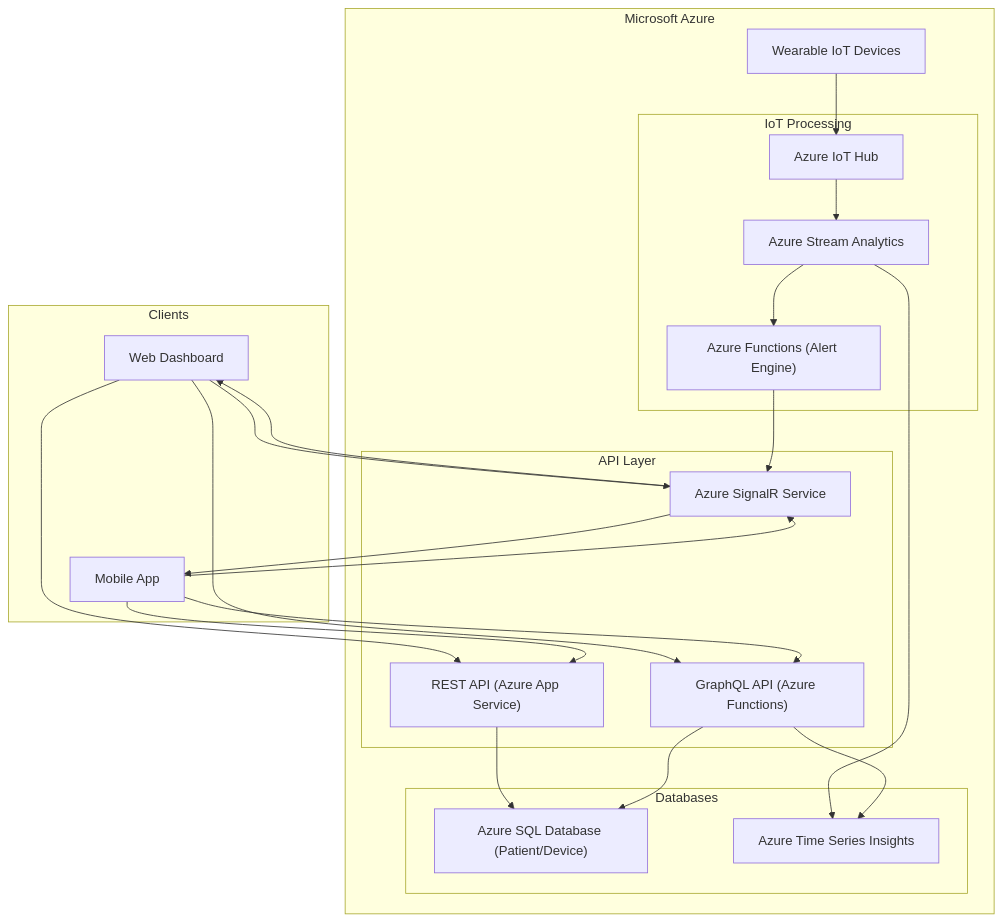
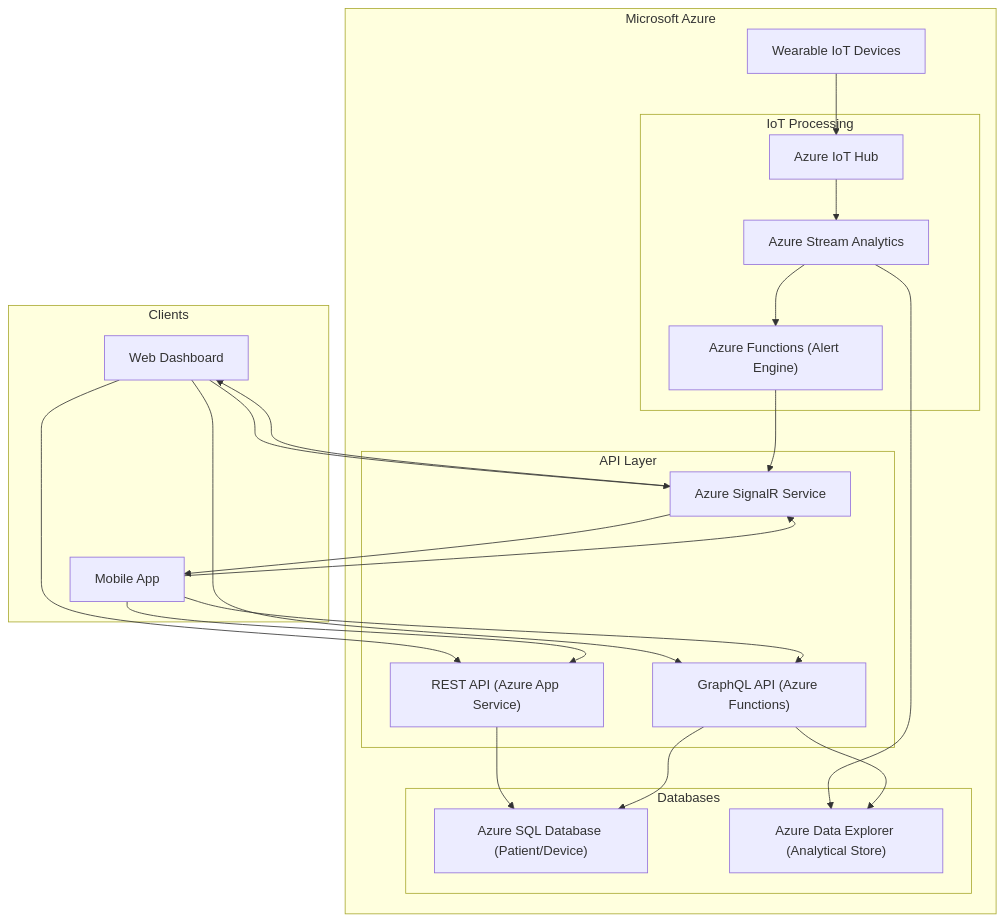
One commit to mimidib/CST8916-IoT-Remote-Healthcare-Patient-Monitoring changed the diagram in README.md. Above: the diagram before and after it, drawn with Mermaid. The commit also changed other lines of this file, not shown here.

Commit message:
CST8916: diagram updates and websocket additions

````diff
--- a/README.md
+++ b/README.md
@@ -89,47 +96,47 @@
 ```mermaid
 graph TD
     subgraph "Clients"
         A[Web Dashboard]
         B[Mobile App]
     end
 
     subgraph "Microsoft Azure"
         subgraph "API Layer"
             C["REST API (Azure App Service)"]
             E["GraphQL API (Azure Functions)"]
             G["Azure SignalR Service"]
         end
 
         subgraph "Databases"
             D["Azure SQL Database (Patient/Device)"]
-            F["Azure Time Series Insights"]
+            F["Azure Data Explorer (Analytical Store)"]
         end
 
         subgraph "IoT Processing"
             H["Azure IoT Hub"]
             I["Azure Stream Analytics"]
             J["Azure Functions (Alert Engine)"]
         end
 
         K[Wearable IoT Devices] --> H
 
         H --> I
         I --> F
         I --> J
         J --> G
 
         C --> D
         E --> D
         E --> F
 
         A --> C
         A --> E
         A --> G
         B --> C
         B --> E
         B --> G
 
         G --> A
         G --> B
     end
 ```
````
